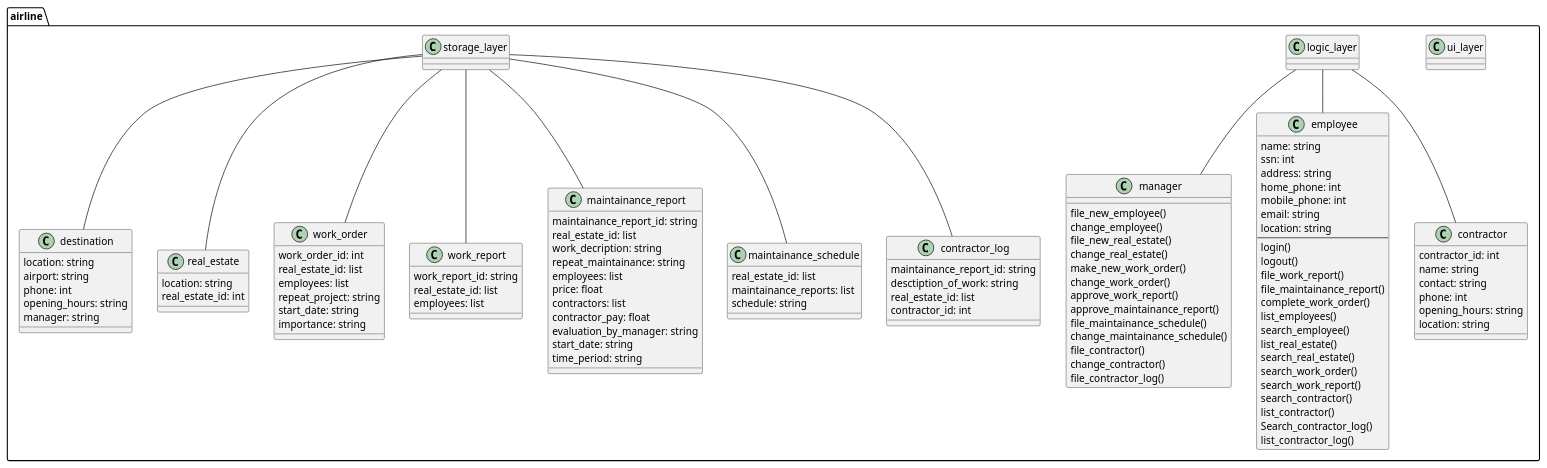
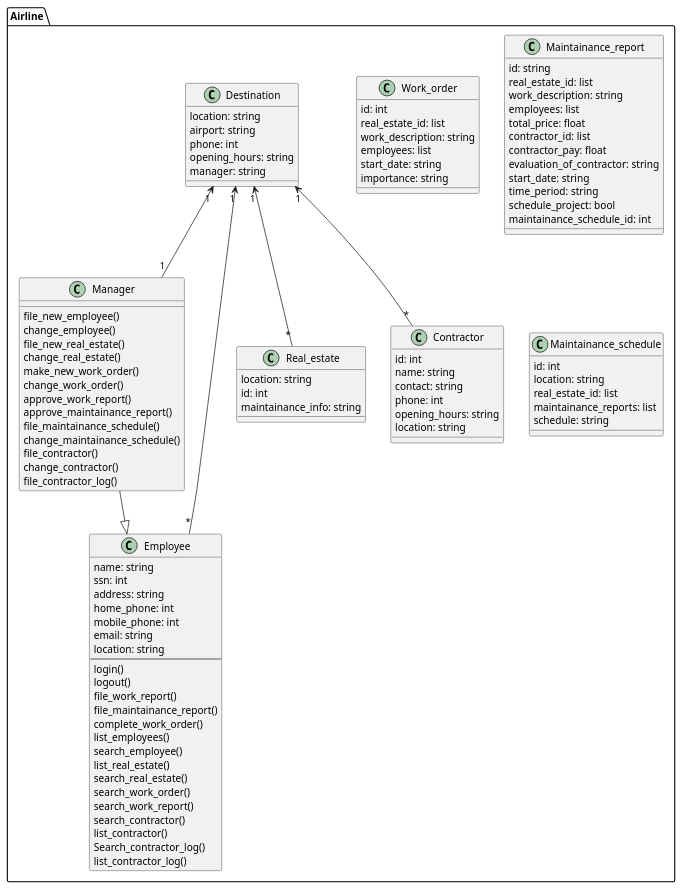
One commit to unnar19/pepsi-max changed the diagram in design/class_diagrams/klas.puml. Above: the diagram before and after it, drawn with PlantUML.

```diff
--- a/design/class_diagrams/klas.puml
+++ b/design/class_diagrams/klas.puml
@@ -1,113 +1,98 @@
 @startuml airline
-package airline {
-    class ui_layer
-    class logic_layer
-    class storage_layer
-    class manager {
+package Airline {
+    class Manager {
         file_new_employee()
         change_employee()
         file_new_real_estate()
         change_real_estate()
         make_new_work_order()
         change_work_order()
         approve_work_report()
         approve_maintainance_report()
         file_maintainance_schedule()
         change_maintainance_schedule()
         file_contractor()
         change_contractor()
         file_contractor_log()
     }
-    class employee {
+    class Employee {
         name: string
         ssn: int
         address: string
         home_phone: int
         mobile_phone: int
         email: string
         location: string
         --
         login()
         logout()
         file_work_report()
         file_maintainance_report()
         complete_work_order()
         list_employees()
         search_employee()
         list_real_estate()
         search_real_estate()
         search_work_order()
         search_work_report()
         search_contractor()
         list_contractor()
         Search_contractor_log()
         list_contractor_log()
     }
-    class destination {
+    class Destination {
         location: string
         airport: string
         phone: int
         opening_hours: string
         manager: string
     }
-    class real_estate {
+    class Real_estate {
         location: string
-        real_estate_id: int
+        id: int
+        maintainance_info: string
     }
-    class work_order {
-        work_order_id: int
+    class Work_order {
+        id: int
         real_estate_id: list
+        work_description: string
         employees: list
-        repeat_project: string
         start_date: string
         importance: string
     }
-    class work_report {
-        work_report_id: string
+    class Maintainance_report {
+        id: string
         real_estate_id: list
+        work_description: string
         employees: list
-    }
-    class maintainance_report {
-        maintainance_report_id: string
-        real_estate_id: list
-        work_decription: string
-        repeat_maintainance: string
-        employees: list
-        price: float
-        contractors: list
+        total_price: float
+        contractor_id: list
         contractor_pay: float
-        evaluation_by_manager: string
+        evaluation_of_contractor: string
         start_date: string
         time_period: string
+        schedule_project: bool
+        maintainance_schedule_id: int
     }
-    class maintainance_schedule {
+    class Maintainance_schedule {
+        id: int
+        location: string
         real_estate_id: list
         maintainance_reports: list
         schedule: string
     }
-    class contractor {
-        contractor_id: int
+    class Contractor {
+        id: int
         name: string
         contact: string
         phone: int
         opening_hours: string
         location: string
     }
-    class contractor_log {
-        maintainance_report_id: string
-        desctiption_of_work: string
-        real_estate_id: list
-        contractor_id: int
-    }
-logic_layer -- manager
-logic_layer -- employee
-logic_layer -- contractor
-storage_layer -- real_estate
-storage_layer -- destination
-storage_layer -- work_order
-storage_layer -- work_report
-storage_layer -- maintainance_report
-storage_layer -- maintainance_schedule
-storage_layer -- contractor_log
+Manager --|> Employee
+Destination "1" <-- "*" Real_estate
+Destination "1" <-- "1" Manager
+Destination "1" <-- "*" Employee
+Destination "1" <-- "*" Contractor
 }
 @enduml
```
